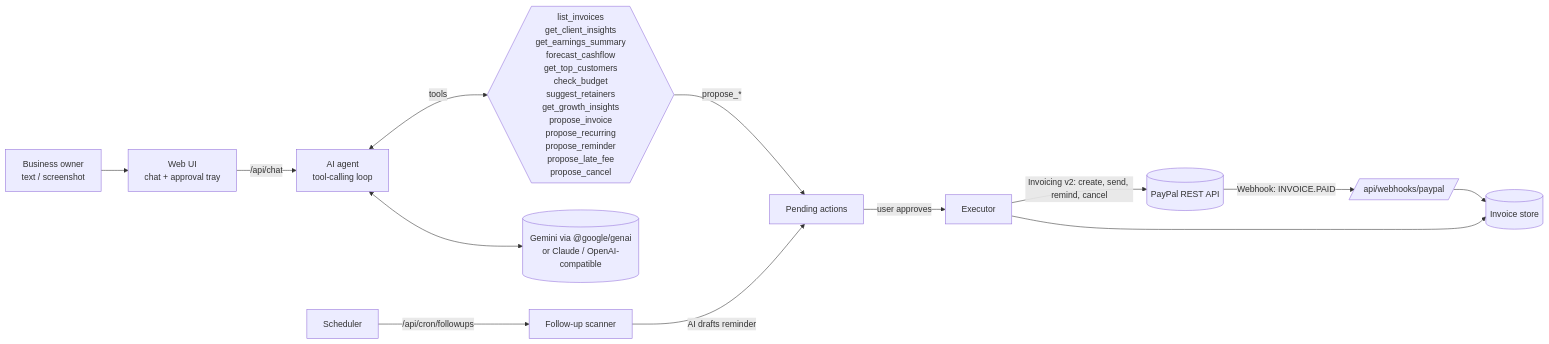
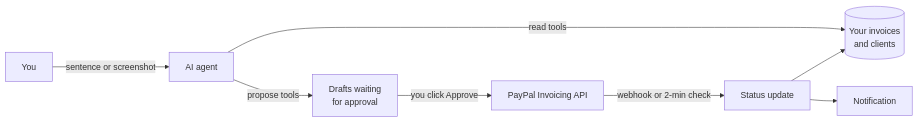
One commit to Arpit052/paypilot changed the diagram in README.md. Above: the diagram before and after it, drawn with Mermaid. The commit also changed other lines of this file and 37 other files, not shown here.

````diff
--- a/README.md
+++ b/README.md
@@ -125,14 +60,10 @@
 ```mermaid
 flowchart LR
-  U[Business owner<br/>text / screenshot] --> UI[Web UI<br/>chat + approval tray]
-  UI -->|/api/chat| AG[AI agent<br/>tool-calling loop]
-  AG <-->|tools| T{{list_invoices<br/>get_client_insights<br/>get_earnings_summary<br/>forecast_cashflow<br/>get_top_customers<br/>check_budget<br/>suggest_retainers<br/>get_growth_insights<br/>propose_invoice<br/>propose_recurring<br/>propose_reminder<br/>propose_late_fee<br/>propose_cancel}}
-  AG <--> LLM[(Gemini via @google/genai<br/>or Claude / OpenAI-compatible)]
-  T -->|propose_*| Q[Pending actions]
-  Q -->|user approves| EX[Executor]
-  EX -->|Invoicing v2: create, send, remind, cancel| PP[(PayPal REST API)]
-  PP -->|Webhook: INVOICE.PAID| WH[/api/webhooks/paypal/]
-  WH --> DB[(Invoice store)]
-  EX --> DB
-  CRON[Scheduler] -->|/api/cron/followups| FU[Follow-up scanner] -->|AI drafts reminder| Q
+  U[You] -->|sentence or screenshot| A[AI agent]
+  A -->|read tools| D[(Your invoices<br/>and clients)]
+  A -->|propose tools| Q[Drafts waiting<br/>for approval]
+  Q -->|you click Approve| P[PayPal Invoicing API]
+  P -->|webhook or 2-min check| S[Status update]
+  S --> D
+  S --> N[Notification]
 ```
````
